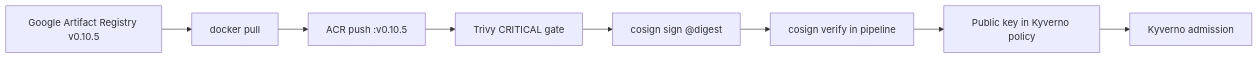
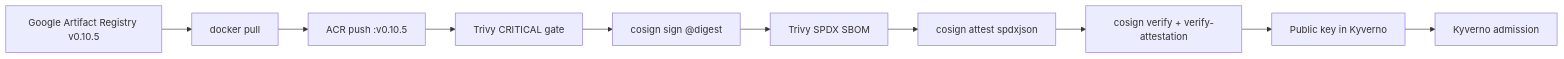
Before and after one commit to btilki/boutique-aks-devsecops: the diagram in docs/security/supply-chain.md, drawn with Mermaid. The commit also changed other lines of this file and 82 other files, not shown here.

````diff
--- a/docs/security/supply-chain.md
+++ b/docs/security/supply-chain.md
@@ -24,10 +26,12 @@
 ```mermaid
 flowchart LR
     GAR[Google Artifact Registry v0.10.5] --> Pull[docker pull]
     Pull --> Push[ACR push :v0.10.5]
     Push --> Trivy[Trivy CRITICAL gate]
     Trivy --> Sign[cosign sign @digest]
-    Sign --> Verify[cosign verify in pipeline]
-    Verify --> KV[Public key in Kyverno policy]
+    Sign --> SBOM[Trivy SPDX SBOM]
+    SBOM --> Attest[cosign attest spdxjson]
+    Attest --> Verify[cosign verify + verify-attestation]
+    Verify --> KV[Public key in Kyverno]
     KV --> Kyverno[Kyverno admission]
 ```
````
